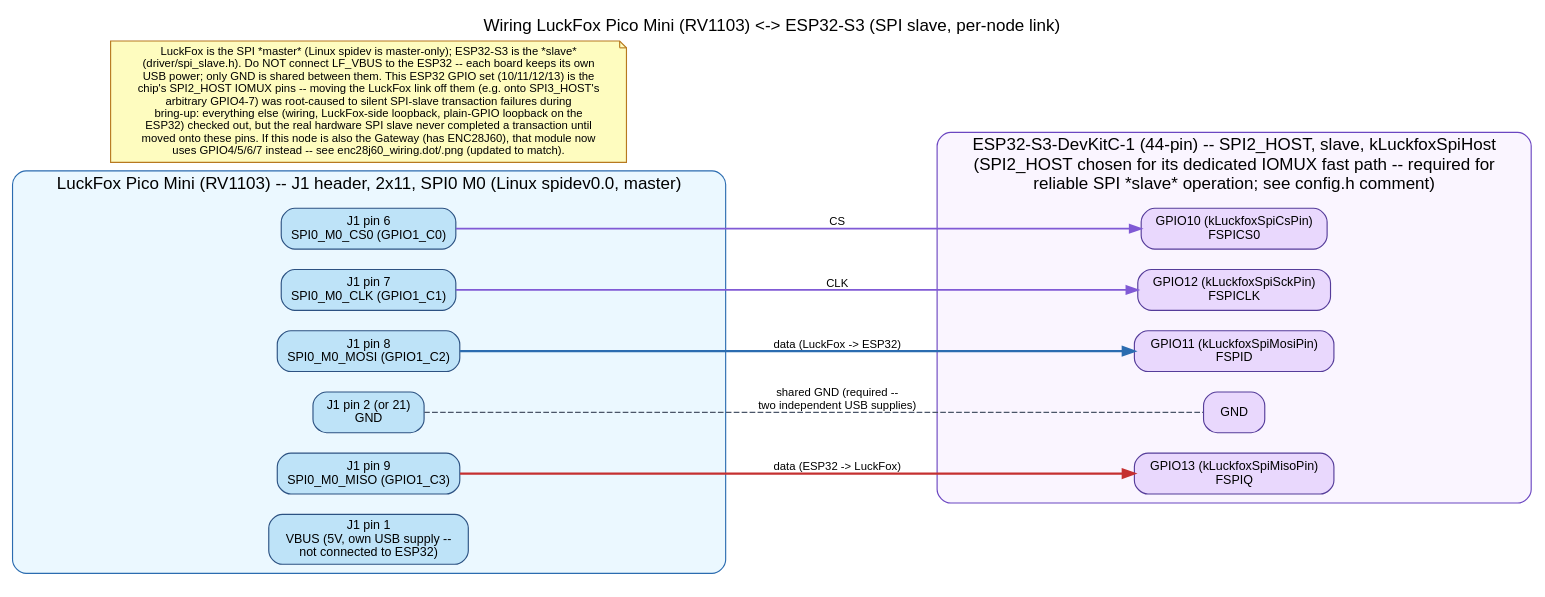
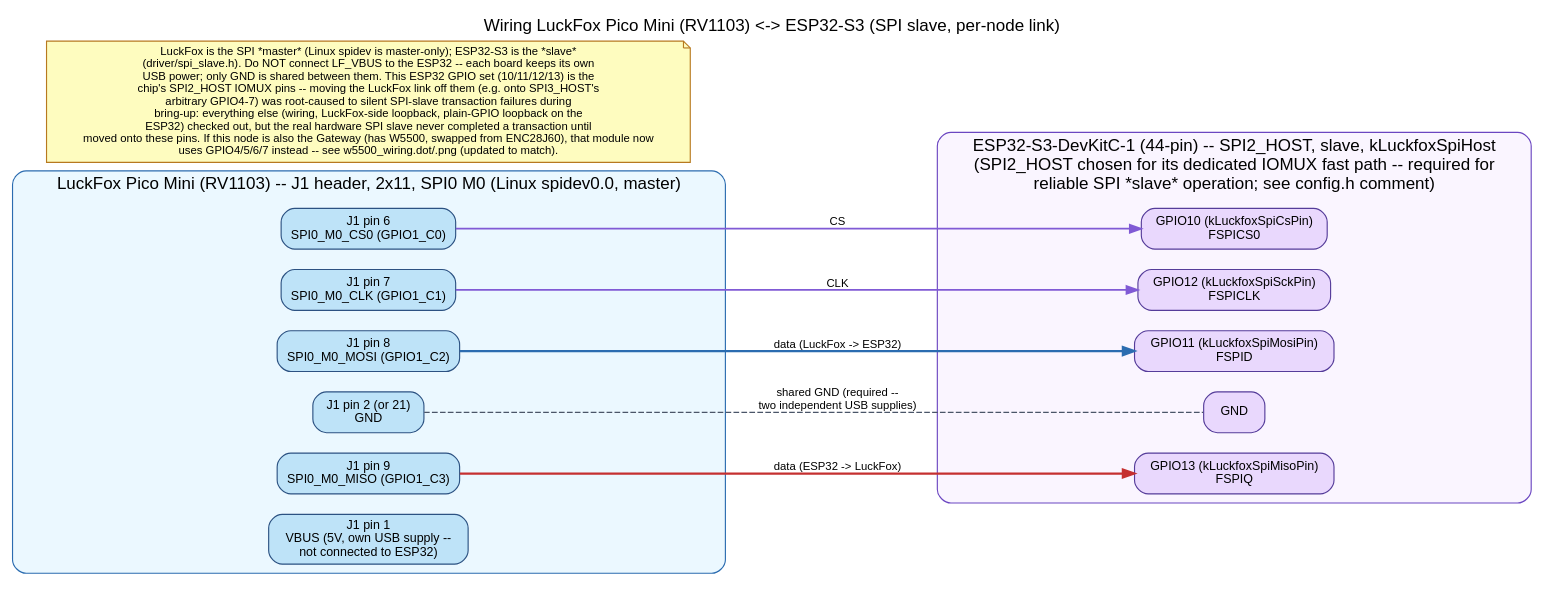
Before and after one commit to AndhikaFW/ESP32-S3-RAP: the diagram in docs/network/luckfox_spi_wiring.dot, drawn with Graphviz. The commit also changed 21 other files, not shown here.

```diff
--- a/docs/network/luckfox_spi_wiring.dot
+++ b/docs/network/luckfox_spi_wiring.dot
@@ -1,47 +1,47 @@
 digraph LuckfoxSpiWiring {
     rankdir=LR;
     bgcolor="white";
     fontname="Helvetica";
     node [fontname="Helvetica", fontsize=11];
     edge [fontname="Helvetica", fontsize=10];
 
     labelloc="t";
     label="Wiring LuckFox Pico Mini (RV1103) <-> ESP32-S3 (SPI slave, per-node link)";
     fontsize=15;
 
     subgraph cluster_luckfox {
         label="LuckFox Pico Mini (RV1103) -- J1 header, 2x11, SPI0 M0 (Linux spidev0.0, master)";
         style="rounded,filled";
         fillcolor="#ebf8ff";
         color="#2b6cb0";
         node [shape=box, style="rounded,filled", fillcolor="#bee3f8", color="#2c5282"];
         LF_CS   [label="J1 pin 6\nSPI0_M0_CS0 (GPIO1_C0)"];
         LF_SCK  [label="J1 pin 7\nSPI0_M0_CLK (GPIO1_C1)"];
         LF_MOSI [label="J1 pin 8\nSPI0_M0_MOSI (GPIO1_C2)"];
         LF_MISO [label="J1 pin 9\nSPI0_M0_MISO (GPIO1_C3)"];
         LF_GND  [label="J1 pin 2 (or 21)\nGND"];
         LF_VBUS [label="J1 pin 1\nVBUS (5V, own USB supply --\nnot connected to ESP32)"];
     }
 
     subgraph cluster_esp {
         label="ESP32-S3-DevKitC-1 (44-pin) -- SPI2_HOST, slave, kLuckfoxSpiHost\n(SPI2_HOST chosen for its dedicated IOMUX fast path -- required for\nreliable SPI *slave* operation; see config.h comment)";
         style="rounded,filled";
         fillcolor="#faf5ff";
         color="#6b46c1";
         node [shape=box, style="rounded,filled", fillcolor="#e9d8fd", color="#553c9a"];
         ESP_CS   [label="GPIO10 (kLuckfoxSpiCsPin)\nFSPICS0"];
         ESP_SCK  [label="GPIO12 (kLuckfoxSpiSckPin)\nFSPICLK"];
         ESP_MOSI [label="GPIO11 (kLuckfoxSpiMosiPin)\nFSPID"];
         ESP_MISO [label="GPIO13 (kLuckfoxSpiMisoPin)\nFSPIQ"];
         ESP_GND  [label="GND"];
     }
 
     LF_CS -> ESP_CS [label="  CS", color="#805ad5", penwidth=1.5];
     LF_SCK -> ESP_SCK [label="  CLK", color="#805ad5", penwidth=1.5];
     LF_MOSI -> ESP_MOSI [label="  data (LuckFox -> ESP32)", color="#2b6cb0", penwidth=2];
     ESP_MISO -> LF_MISO [label="  data (ESP32 -> LuckFox)", color="#c53030", penwidth=2, dir=back];
     LF_GND -> ESP_GND [dir=none, style=dashed, color="#4a5568", label="  shared GND (required --\n  two independent USB supplies)"];
 
     NOTE [shape=note, style=filled, fillcolor="#fefcbf", color="#b7791f", fontsize=10,
-          label="LuckFox is the SPI *master* (Linux spidev is master-only); ESP32-S3 is the *slave*\n(driver/spi_slave.h). Do NOT connect LF_VBUS to the ESP32 -- each board keeps its own\nUSB power; only GND is shared between them. This ESP32 GPIO set (10/11/12/13) is the\nchip's SPI2_HOST IOMUX pins -- moving the LuckFox link off them (e.g. onto SPI3_HOST's\narbitrary GPIO4-7) was root-caused to silent SPI-slave transaction failures during\nbring-up: everything else (wiring, LuckFox-side loopback, plain-GPIO loopback on the\nESP32) checked out, but the real hardware SPI slave never completed a transaction until\nmoved onto these pins. If this node is also the Gateway (has ENC28J60), that module now\nuses GPIO4/5/6/7 instead -- see enc28j60_wiring.dot/.png (updated to match)."];
+          label="LuckFox is the SPI *master* (Linux spidev is master-only); ESP32-S3 is the *slave*\n(driver/spi_slave.h). Do NOT connect LF_VBUS to the ESP32 -- each board keeps its own\nUSB power; only GND is shared between them. This ESP32 GPIO set (10/11/12/13) is the\nchip's SPI2_HOST IOMUX pins -- moving the LuckFox link off them (e.g. onto SPI3_HOST's\narbitrary GPIO4-7) was root-caused to silent SPI-slave transaction failures during\nbring-up: everything else (wiring, LuckFox-side loopback, plain-GPIO loopback on the\nESP32) checked out, but the real hardware SPI slave never completed a transaction until\nmoved onto these pins. If this node is also the Gateway (has W5500, swapped from ENC28J60), that module now\nuses GPIO4/5/6/7 instead -- see w5500_wiring.dot/.png (updated to match)."];
 }
```
